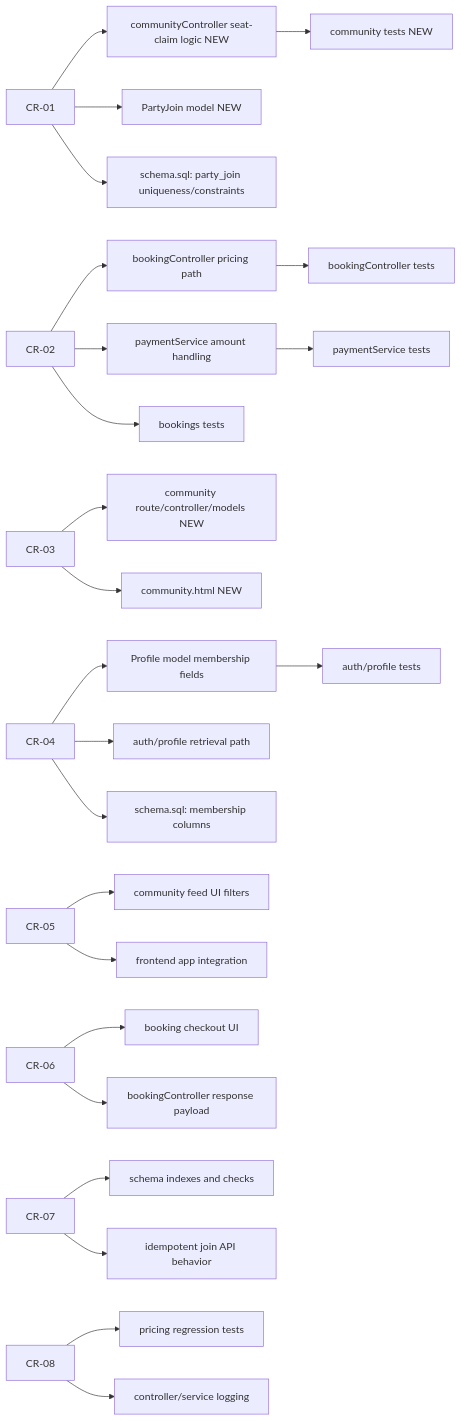
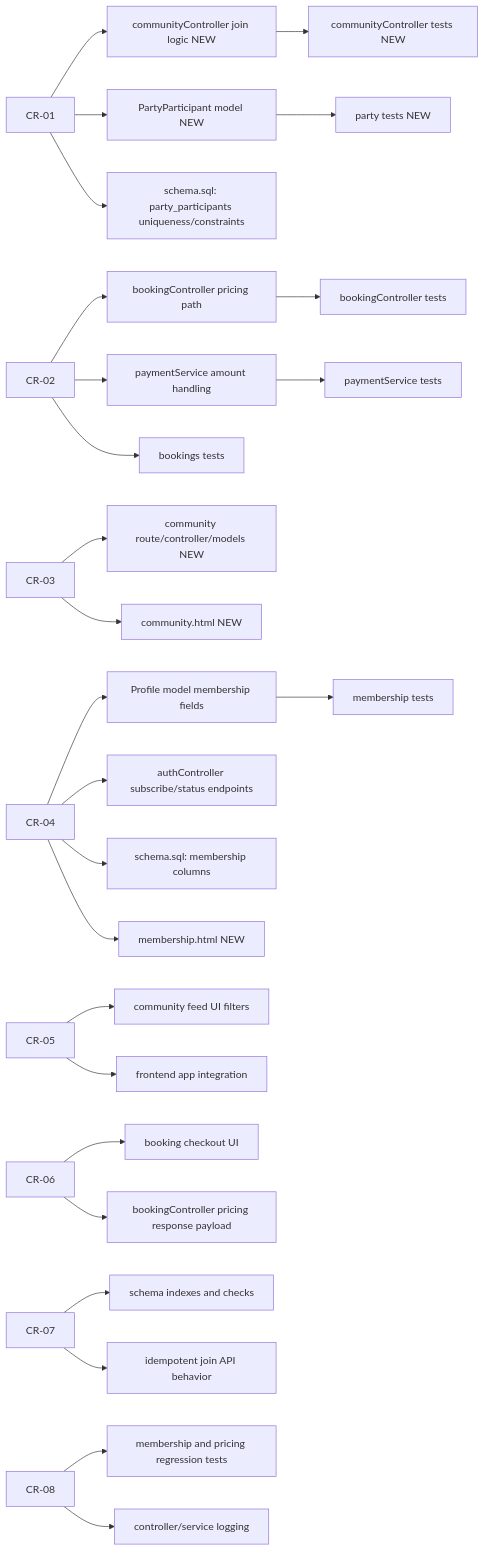
One commit to antnpwr/2025-ITCS383-FolkliyGrunt changed the second of 3 diagrams in D4_IMPACT_ANALYSIS.md. Above: the diagram before and after it, drawn with Mermaid. The commit also changed other lines of this file and 2 other files, not shown here.

Commit message:
feat: implement membership discount system and community matchmaking features

````diff
--- a/D4_IMPACT_ANALYSIS.md
+++ b/D4_IMPACT_ANALYSIS.md
@@ -106,34 +112,36 @@
 ```mermaid
 flowchart LR
-  CR1[CR-01] --> A1[communityController seat-claim logic NEW]
-  CR1 --> A2[PartyJoin model NEW]
-  CR1 --> A3[schema.sql: party_join uniqueness/constraints]
+  CR1[CR-01] --> A1[communityController join logic NEW]
+  CR1 --> A2[PartyParticipant model NEW]
+  CR1 --> A3[schema.sql: party_participants uniqueness/constraints]
 
   CR2[CR-02] --> B1[bookingController pricing path]
   CR2 --> B2[paymentService amount handling]
   CR2 --> B3[bookings tests]
 
   CR3[CR-03] --> C1[community route/controller/models NEW]
   CR3 --> C2[community.html NEW]
 
   CR4[CR-04] --> D1[Profile model membership fields]
-  CR4 --> D2[auth/profile retrieval path]
+  CR4 --> D2[authController subscribe/status endpoints]
   CR4 --> D3[schema.sql: membership columns]
+  CR4 --> D4[membership.html NEW]
 
   CR5[CR-05] --> E1[community feed UI filters]
   CR5 --> E2[frontend app integration]
 
   CR6[CR-06] --> F1[booking checkout UI]
-  CR6 --> F2[bookingController response payload]
+  CR6 --> F2[bookingController pricing response payload]
 
   CR7[CR-07] --> G1[schema indexes and checks]
   CR7 --> G2[idempotent join API behavior]
 
-  CR8[CR-08] --> H1[pricing regression tests]
+  CR8[CR-08] --> H1[membership and pricing regression tests]
   CR8 --> H2[controller/service logging]
 
-  A1 --> T1[community tests NEW]
-  B1 --> T2[bookingController tests]
-  B2 --> T3[paymentService tests]
-  D1 --> T4[auth/profile tests]
+  A1 --> T1[communityController tests NEW]
+  A2 --> T2[party tests NEW]
+  B1 --> T3[bookingController tests]
+  B2 --> T4[paymentService tests]
+  D1 --> T5[membership tests]
 ```
````
